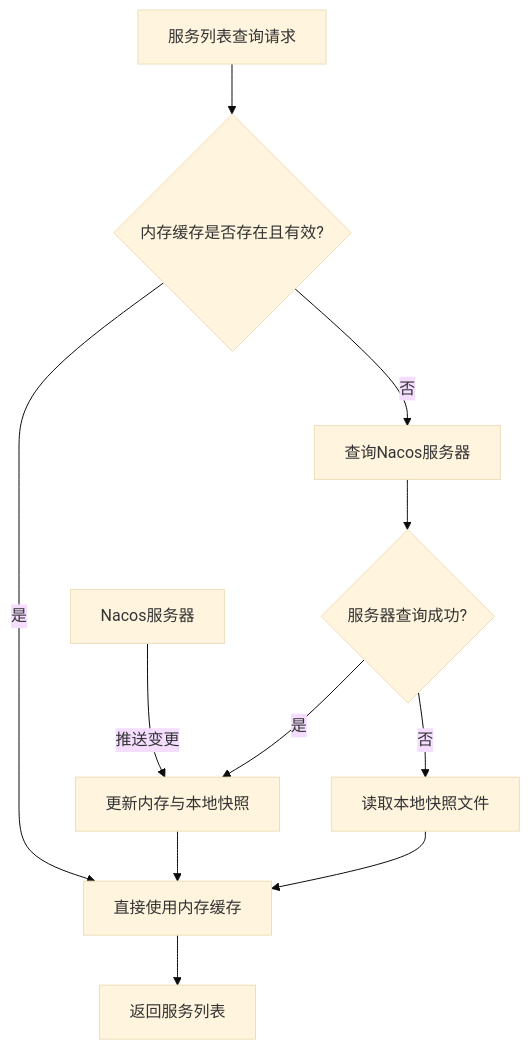
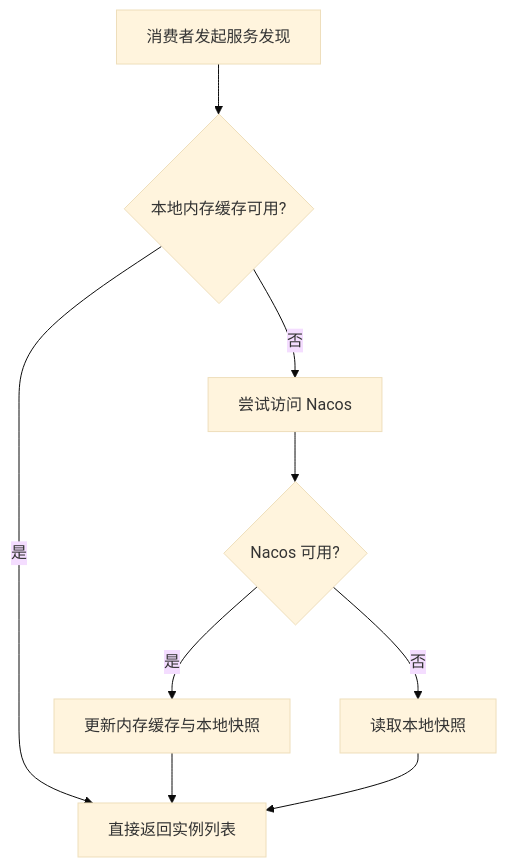
One commit to zxNchuPG/zxNchuPG.github.io changed the fourth of 7 diagrams in _posts/2025-11-08-场景题思考.markdown. Above: the diagram before and after it, drawn with Mermaid (base theme). The commit also changed other lines of this file, not shown here.

````diff
--- a/_posts/2025-11-08-场景题思考.markdown
+++ b/_posts/2025-11-08-场景题思考.markdown
@@ -373,14 +474,11 @@
 ```mermaid
 flowchart TD
-    A[服务列表查询请求] --> B{内存缓存是否存在且有效?}
-    B -- 是 --> C[直接使用内存缓存]
-    B -- 否 --> D[查询Nacos服务器]
-    D --> E{服务器查询成功?}
-    E -- 是 --> F[更新内存与本地快照]
-    E -- 否 --> G[读取本地快照文件]
+    A[消费者发起服务发现] --> B{本地内存缓存可用?}
+    B -- 是 --> C[直接返回实例列表]
+    B -- 否 --> D[尝试访问 Nacos]
+    D --> E{Nacos 可用?}
+    E -- 是 --> F[更新内存缓存与本地快照]
+    E -- 否 --> G[读取本地快照]
     F --> C
     G --> C
-    C --> H[返回服务列表]
-    
-    I[Nacos服务器] -- 推送变更 --> F
 ```
````
